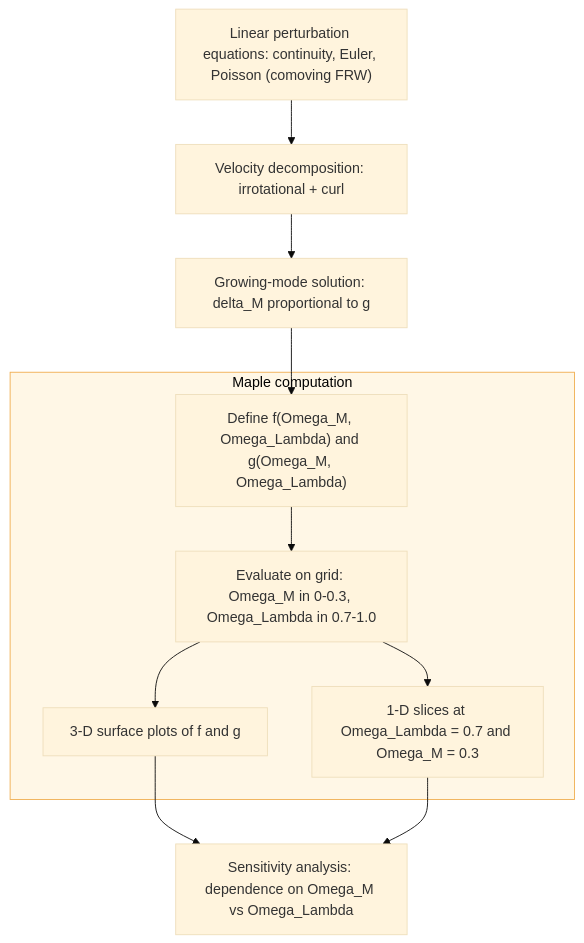
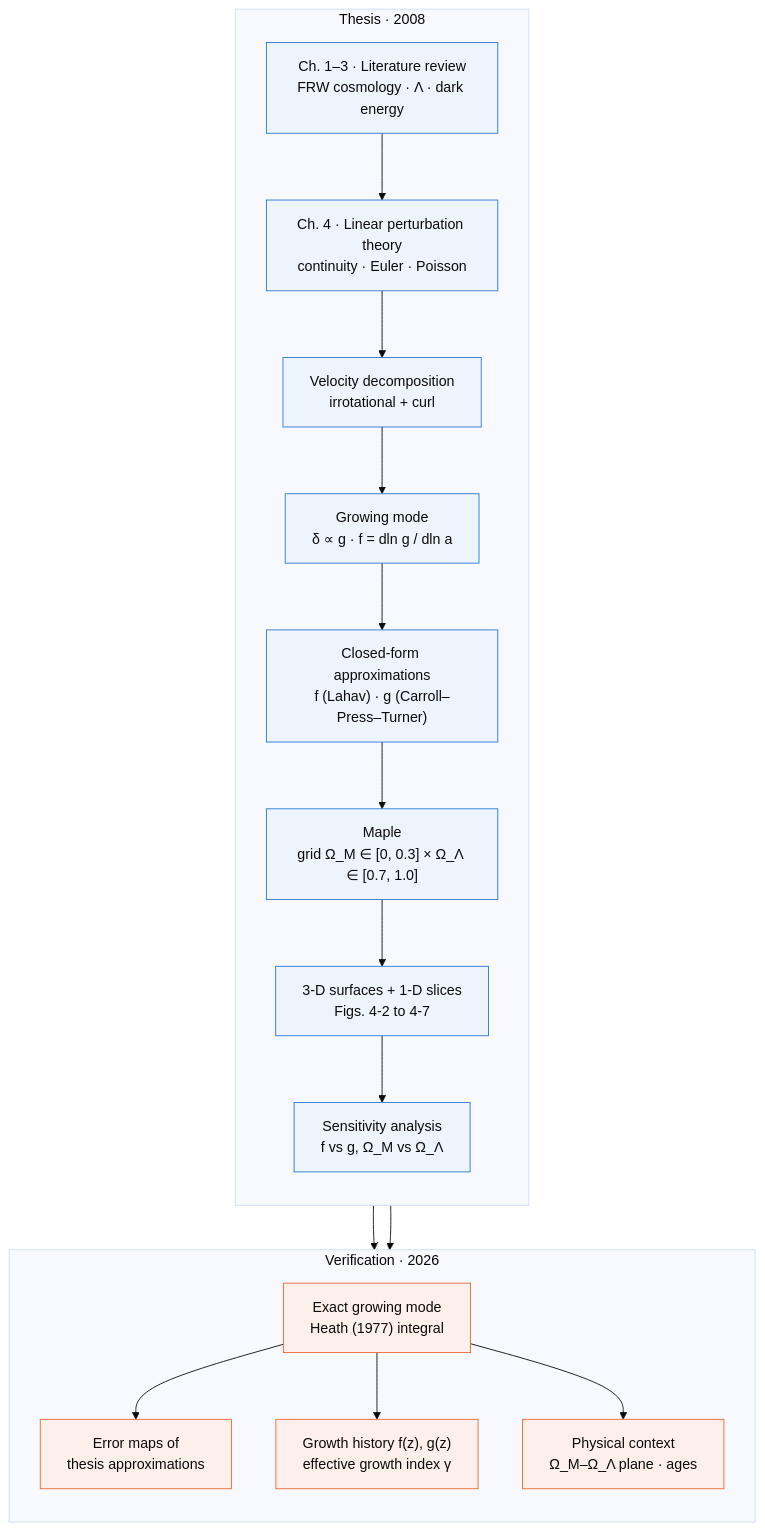
One commit to FarhadBayrami/cosmology-growth-calculations-maple changed the diagram in README.md. Above: the diagram before and after it, drawn with Mermaid (base theme). The commit also changed other lines of this file and 9 other files, not shown here.

Commit message:
Expand README: introduction, chapter background, method, exact-solution verification, discussion; add Maple script and Python verification

````diff
--- a/README.md
+++ b/README.md
@@ -68,17 +164,26 @@
 ```mermaid
-flowchart TD
-    A["Linear perturbation equations: continuity, Euler, Poisson (comoving FRW)"] --> B["Velocity decomposition: irrotational + curl"]
-    B --> C["Growing-mode solution: delta_M proportional to g"]
+flowchart TB
+    subgraph T["Thesis · 2008"]
+        direction TB
+        A["Ch. 1–3 · Literature review<br/>FRW cosmology · Λ · dark energy"] --> B["Ch. 4 · Linear perturbation theory<br/>continuity · Euler · Poisson"]
+        B --> C["Velocity decomposition<br/>irrotational + curl"]
+        C --> D["Growing mode<br/>δ ∝ g · f = dln g / dln a"]
+        D --> E["Closed-form approximations<br/>f (Lahav) · g (Carroll–Press–Turner)"]
+        E --> F["Maple<br/>grid Ω_M ∈ [0, 0.3] × Ω_Λ ∈ [0.7, 1.0]"]
+        F --> G["3-D surfaces + 1-D slices<br/>Figs. 4-2 to 4-7"]
+        G --> H["Sensitivity analysis<br/>f vs g, Ω_M vs Ω_Λ"]
+    end
+    subgraph V["Verification · 2026"]
+        direction TB
+        V1["Exact growing mode<br/>Heath (1977) integral"] --> V2["Error maps of<br/>thesis approximations"]
+        V1 --> V3["Growth history f(z), g(z)<br/>effective growth index γ"]
+        V1 --> V4["Physical context<br/>Ω_M–Ω_Λ plane · ages"]
+    end
+    E --> V2
+    F --> V1
 
-    subgraph M["Maple computation"]
-        D["Define f(Omega_M, Omega_Lambda) and g(Omega_M, Omega_Lambda)"] --> E["Evaluate on grid: Omega_M in 0-0.3, Omega_Lambda in 0.7-1.0"]
-        E --> F["3-D surface plots of f and g"]
-        E --> G["1-D slices at Omega_Lambda = 0.7 and Omega_M = 0.3"]
-    end
-
-    C --> D
-    F --> H["Sensitivity analysis: dependence on Omega_M vs Omega_Lambda"]
-    G --> H
-
-    style M fill:#fff7e6,stroke:#f0ad4e,color:#000
+    classDef thesis fill:#eef4fc,stroke:#2a78d6,color:#0b0b0b
+    classDef verif fill:#fdf0ea,stroke:#eb6834,color:#0b0b0b
+    class A,B,C,D,E,F,G,H thesis
+    class V1,V2,V3,V4 verif
 ```
````
